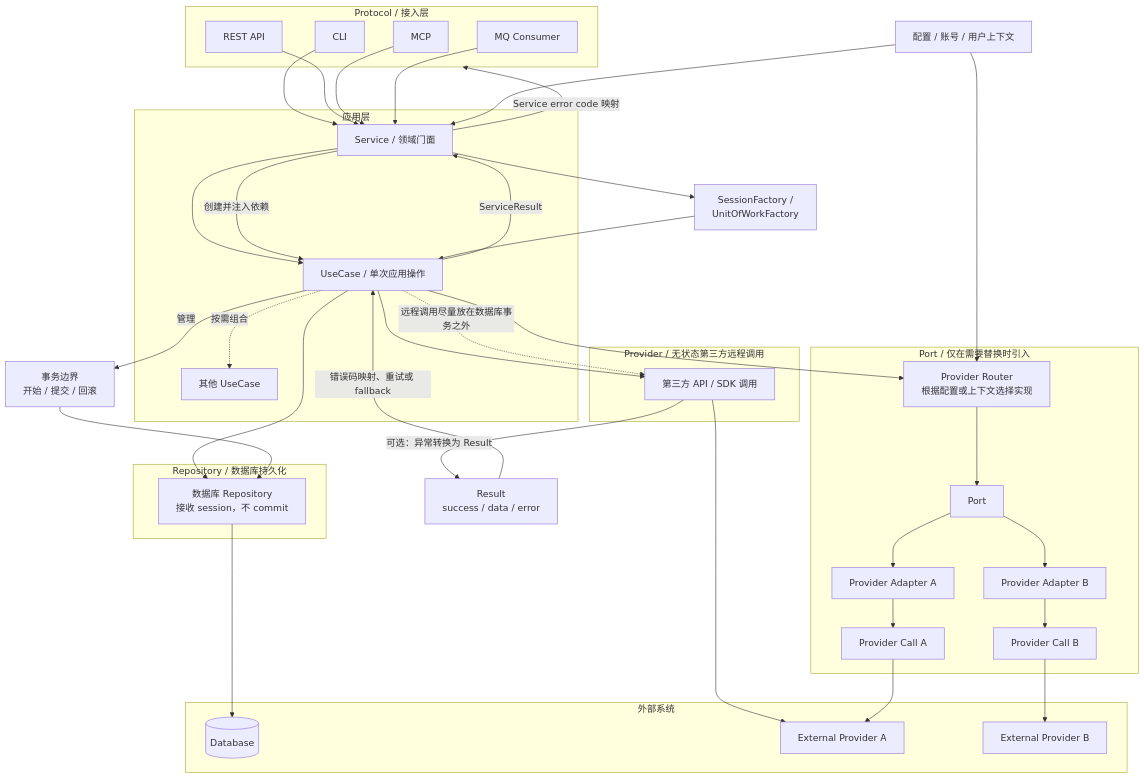
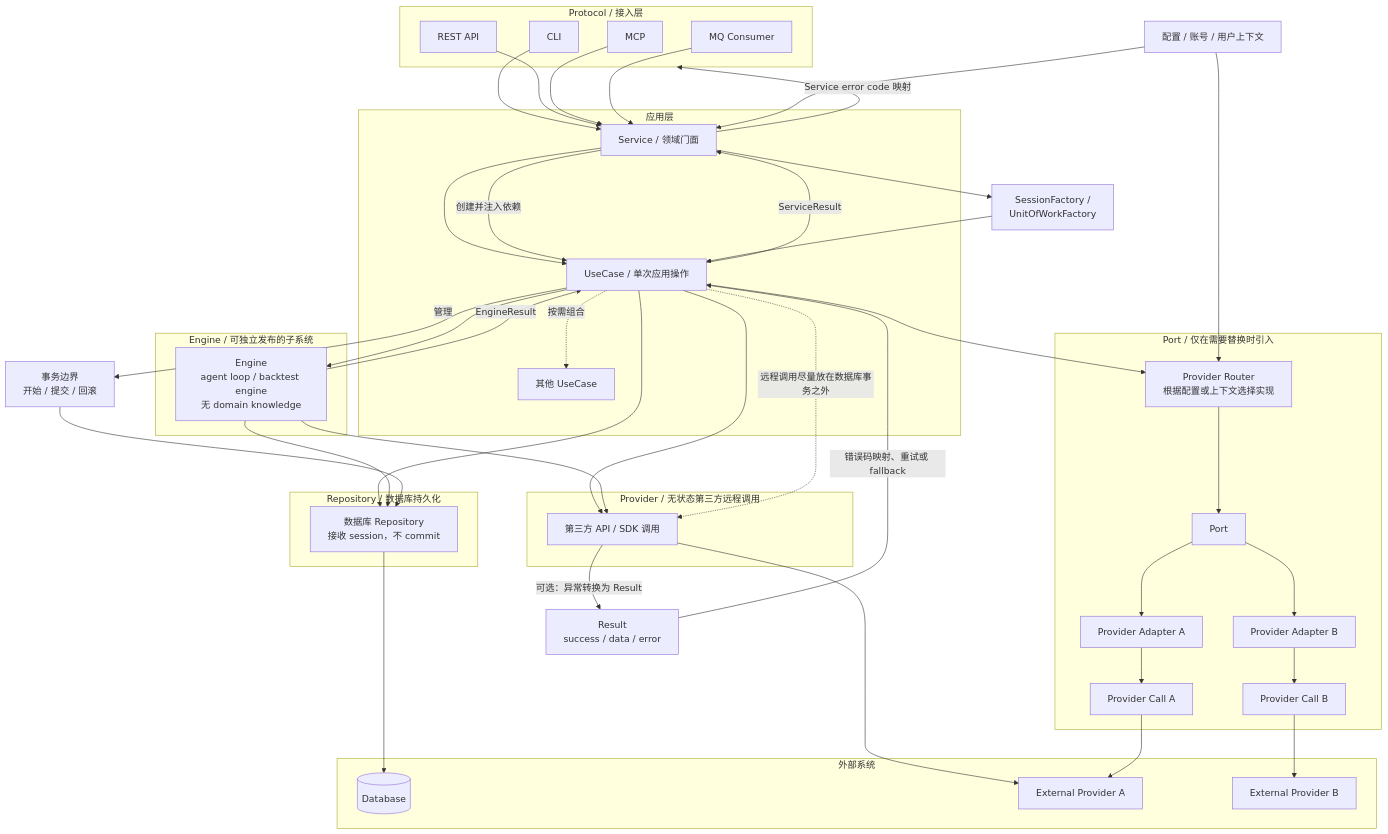
The diagram in docs/conventions/architecture.md (linjiaqin12138/OpenQuantMaster), drawn with Mermaid before and after one commit. The commit also changed other lines of this file and 2 other files, not shown here.

First line of the commit message:
docs: define engine placement and recognition criteria

````diff
--- a/docs/conventions/architecture.md
+++ b/docs/conventions/architecture.md
@@ -29,6 +32,10 @@
 
     subgraph Repositories["Repository / 数据库持久化"]
         DatabaseRepository["数据库 Repository<br/>接收 session，不 commit"]
+    end
+
+    subgraph Engines["Engine / 可独立发布的子系统"]
+        Engine["Engine<br/>agent loop / backtest engine<br/>无 domain knowledge"]
     end
 
     subgraph OptionalPorts["Port / 仅在需要替换时引入"]
@@ -61,6 +68,10 @@
     UseCase --> ProviderCall
     UseCase --> DatabaseRepository
 
+    UseCase --> Engine
+    Engine --> ProviderCall
+    Engine --> DatabaseRepository
+
     UseCase --> Router
     Router --> Port
     Port --> AdapterA
@@ -85,6 +96,7 @@
     Result -->|"错误码映射、重试或 fallback"| UseCase
     UseCase -->|"ServiceResult"| Service
     Service -->|"Service error code 映射"| Protocol
+    Engine -->|"EngineResult"| UseCase
 
     UseCase -. "远程调用尽量放在数据库事务之外" .-> ProviderCall
 ```
````
